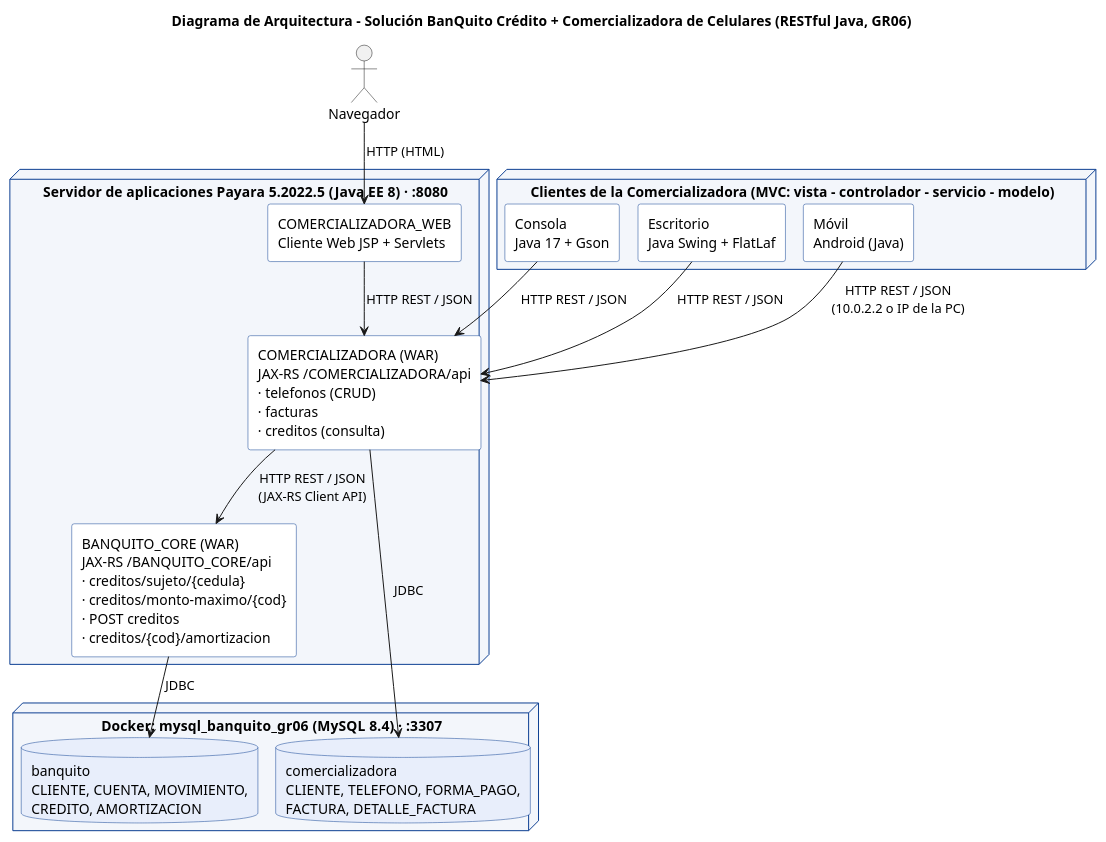
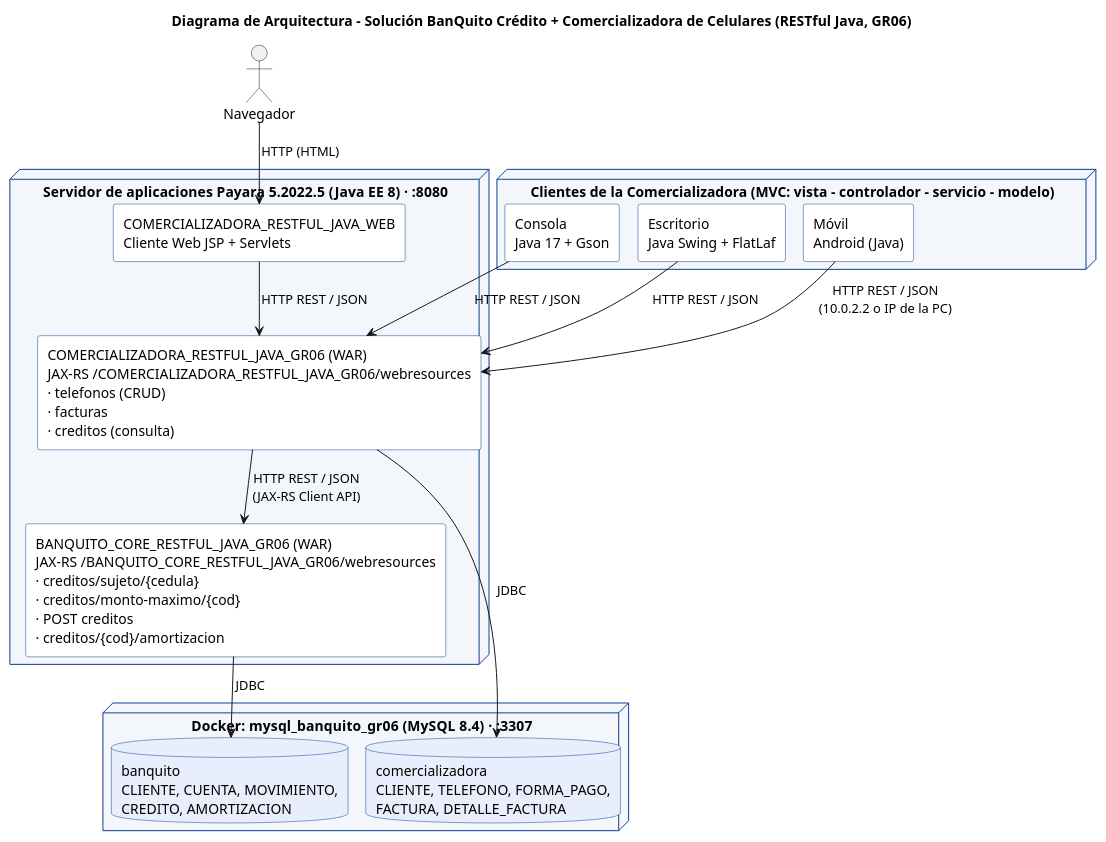
The diagram in 01. UML/04_arquitectura.puml (CesarLoor/EXAMEN_BANQUITO_CELULARES_RESTFUL_JAVA_CONBDD_NRC36884_GR06), drawn with PlantUML before and after one commit. The commit also changed 23 other files, not shown here.

```diff
--- a/01. UML/04_arquitectura.puml
+++ b/01. UML/04_arquitectura.puml
@@ -1,45 +1,45 @@
 @startuml arquitectura
 !pragma layout smetana
 title Diagrama de Arquitectura - Solución BanQuito Crédito + Comercializadora de Celulares (RESTful Java, GR06)
 skinparam componentStyle rectangle
 skinparam shadowing false
 skinparam node {
   BackgroundColor #F3F6FB
   BorderColor #0B3D91
 }
 skinparam component {
   BackgroundColor #FFFFFF
   BorderColor #0B3D91
 }
 skinparam database {
   BackgroundColor #E8EEFB
   BorderColor #0B3D91
 }
 
 node "Clientes de la Comercializadora (MVC: vista - controlador - servicio - modelo)" as CLI {
   component "Consola\nJava 17 + Gson" as CON
   component "Escritorio\nJava Swing + FlatLaf" as ESC
   component "Móvil\nAndroid (Java)" as MOV
 }
 
 node "Servidor de aplicaciones Payara 5.2022.5 (Java EE 8)  ·  :8080" as PAY {
-  component "COMERCIALIZADORA_WEB\nCliente Web JSP + Servlets" as WEB
-  component "COMERCIALIZADORA (WAR)\nJAX-RS /COMERCIALIZADORA/api\n· telefonos (CRUD)\n· facturas\n· creditos (consulta)" as COM
-  component "BANQUITO_CORE (WAR)\nJAX-RS /BANQUITO_CORE/api\n· creditos/sujeto/{cedula}\n· creditos/monto-maximo/{cod}\n· POST creditos\n· creditos/{cod}/amortizacion" as BAN
+  component "COMERCIALIZADORA_RESTFUL_JAVA_WEB\nCliente Web JSP + Servlets" as WEB
+  component "COMERCIALIZADORA_RESTFUL_JAVA_GR06 (WAR)\nJAX-RS /COMERCIALIZADORA_RESTFUL_JAVA_GR06/webresources\n· telefonos (CRUD)\n· facturas\n· creditos (consulta)" as COM
+  component "BANQUITO_CORE_RESTFUL_JAVA_GR06 (WAR)\nJAX-RS /BANQUITO_CORE_RESTFUL_JAVA_GR06/webresources\n· creditos/sujeto/{cedula}\n· creditos/monto-maximo/{cod}\n· POST creditos\n· creditos/{cod}/amortizacion" as BAN
 }
 
 node "Docker: mysql_banquito_gr06 (MySQL 8.4)  ·  :3307" as DK {
   database "comercializadora\nCLIENTE, TELEFONO, FORMA_PAGO,\nFACTURA, DETALLE_FACTURA" as DBC
   database "banquito\nCLIENTE, CUENTA, MOVIMIENTO,\nCREDITO, AMORTIZACION" as DBB
 }
 
 actor "Navegador" as NAV
 NAV --> WEB : HTTP (HTML)
 CON --> COM : HTTP REST / JSON
 ESC --> COM : HTTP REST / JSON
 MOV --> COM : HTTP REST / JSON\n(10.0.2.2 o IP de la PC)
 WEB --> COM : HTTP REST / JSON
 COM --> BAN : HTTP REST / JSON\n(JAX-RS Client API)
 COM --> DBC : JDBC
 BAN --> DBB : JDBC
 @enduml
```
